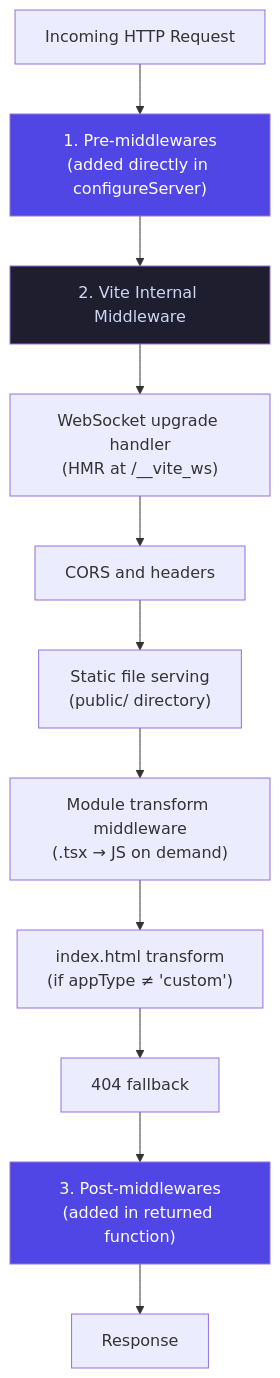
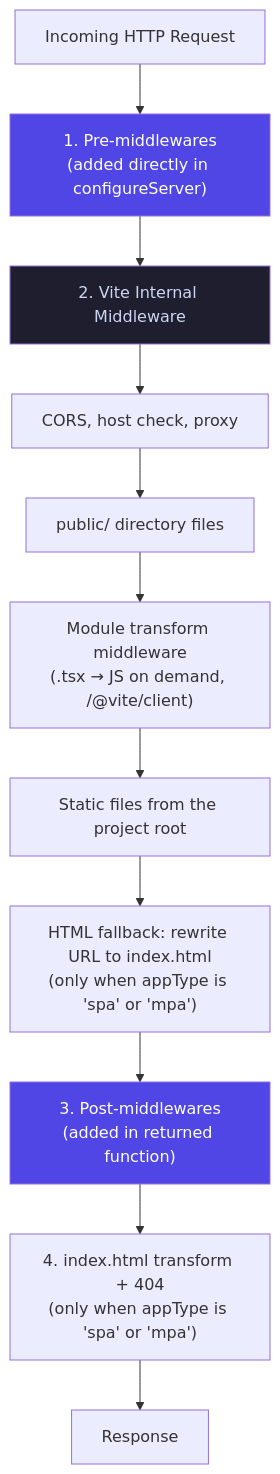
Before and after one commit to adamhake/eigen: the diagram in apps/tutorial/src/content/08-dev-middleware.mdx, drawn with Mermaid. The commit also changed other lines of this file and 42 other files, not shown here.

````diff
--- a/apps/tutorial/src/content/08-dev-middleware.mdx
+++ b/apps/tutorial/src/content/08-dev-middleware.mdx
@@ -45,17 +45,17 @@
 ```mermaid
 flowchart TD
-    A["Incoming HTTP Request"] --> B["1. Pre-middlewares\n(added directly in configureServer)"]
+    A["Incoming HTTP Request"] --> B["1. Pre-middlewares<br/>(added directly in configureServer)"]
     B --> C["2. Vite Internal Middleware"]
-    C --> C1["WebSocket upgrade handler\n(HMR at /__vite_ws)"]
-    C1 --> C2["CORS and headers"]
-    C2 --> C3["Static file serving\n(public/ directory)"]
-    C3 --> C4["Module transform middleware\n(.tsx → JS on demand)"]
-    C4 --> C5["index.html transform\n(if appType ≠ 'custom')"]
-    C5 --> C6["404 fallback"]
-    C6 --> D["3. Post-middlewares\n(added in returned function)"]
-    D --> E["Response"]
+    C --> C1["CORS, host check, proxy"]
+    C1 --> C2["public/ directory files"]
+    C2 --> C3["Module transform middleware<br/>(.tsx → JS on demand, /@vite/client)"]
+    C3 --> C4["Static files from the project root"]
+    C4 --> C5["HTML fallback: rewrite URL to index.html<br/>(only when appType is 'spa' or 'mpa')"]
+    C5 --> D["3. Post-middlewares<br/>(added in returned function)"]
+    D --> E["4. index.html transform + 404<br/>(only when appType is 'spa' or 'mpa')"]
+    E --> F["Response"]
 
     style B fill:#4f46e5,color:#fff
     style D fill:#4f46e5,color:#fff
     style C fill:#1e1e2e,color:#cdd6f4
 ```
````
